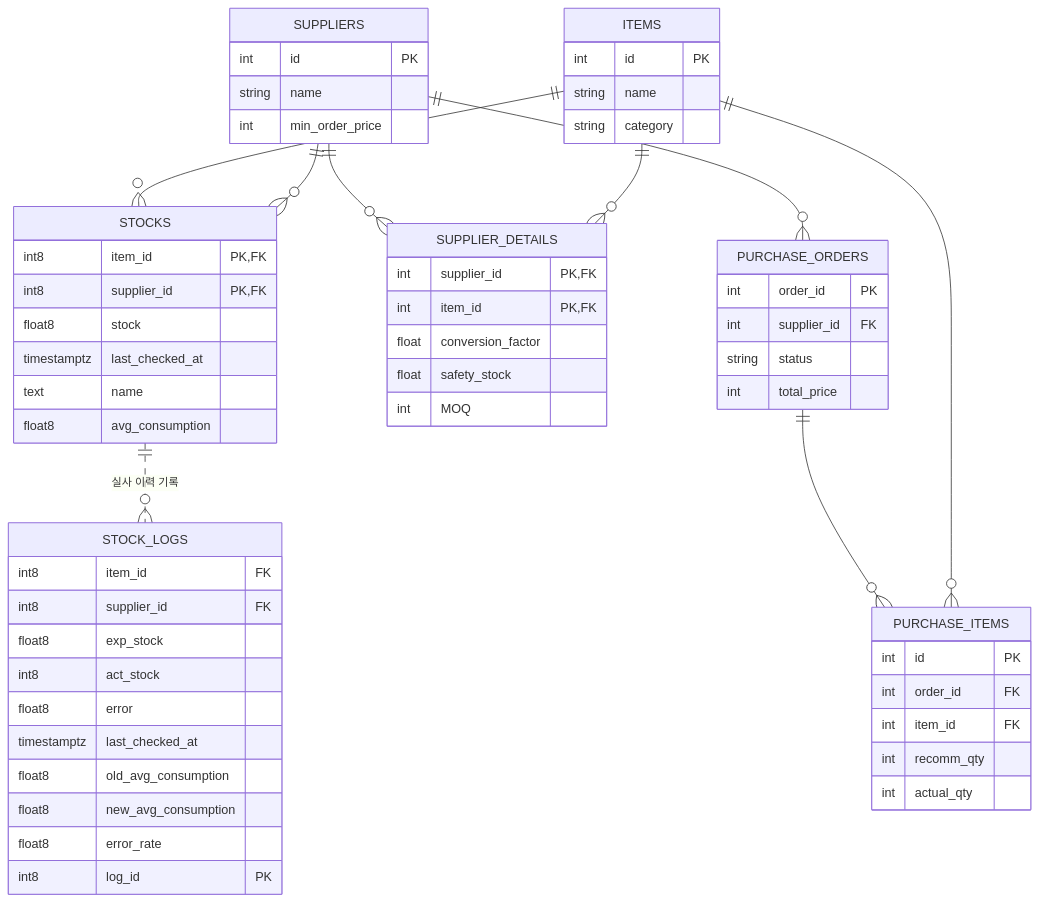
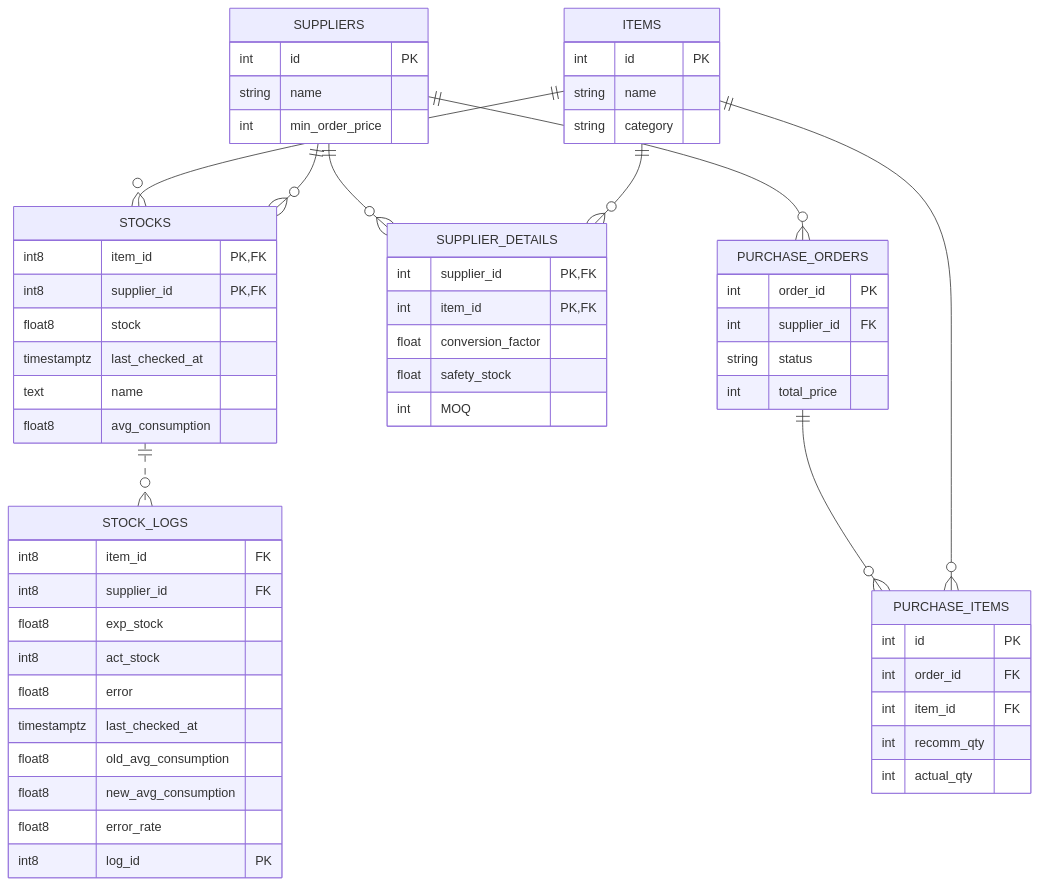
The diagram in README.md (JSHUH0401/Stock-Management-System), drawn with Mermaid before and after one commit.

Commit message:
Update README.md
README Updaee

````diff
--- a/README.md
+++ b/README.md
@@ -28,69 +28,69 @@
 ```mermaid
 erDiagram
     %% [Domain 1: Master Data]
     ITEMS ||--o{ STOCKS : ""
     SUPPLIERS ||--o{ SUPPLIER_DETAILS : ""
     ITEMS ||--o{ SUPPLIER_DETAILS : ""
     SUPPLIERS ||--o{STOCKS : ""
-    STOCKS ||..o{ STOCK_LOGS : "실사 이력 기록"
+    STOCKS ||..o{ STOCK_LOGS : ""
 
     %% [Domain 3: Transaction]
     PURCHASE_ORDERS ||--o{ PURCHASE_ITEMS : ""
     ITEMS ||--o{ PURCHASE_ITEMS : ""
     SUPPLIERS ||--o{ PURCHASE_ORDERS : ""
     ITEMS {
         int id PK
         string name
         string category
     }
 
     SUPPLIERS {
         int id PK
         string name
         int min_order_price
     }
 
     SUPPLIER_DETAILS {
         int supplier_id PK, FK
         int item_id PK, FK
         float conversion_factor
         float safety_stock
         int MOQ
     }
 
     STOCKS {
         int8 item_id PK, FK
         int8 supplier_id PK, FK
         float8 stock
         timestamptz last_checked_at
         text name
         float8 avg_consumption
     }
 
     STOCK_LOGS {
         int8 item_id FK
         int8 supplier_id FK
         float8 exp_stock
         int8 act_stock
         float8 error
         timestamptz last_checked_at
         float8 old_avg_consumption
         float8 new_avg_consumption
         float8 error_rate
         int8 log_id PK
     }
     PURCHASE_ORDERS {
         int order_id PK
         int supplier_id FK
         string status
         int total_price
     }
 
     PURCHASE_ITEMS {
         int id PK
         int order_id FK
         int item_id FK
         int recomm_qty
         int actual_qty
     }
 ```
````
